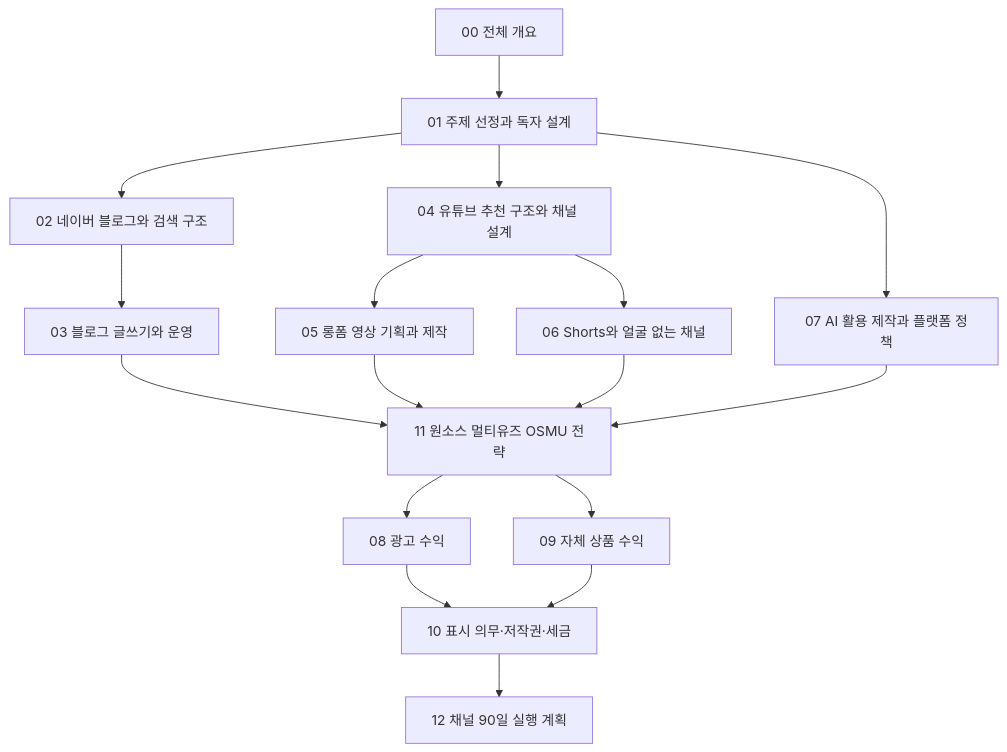
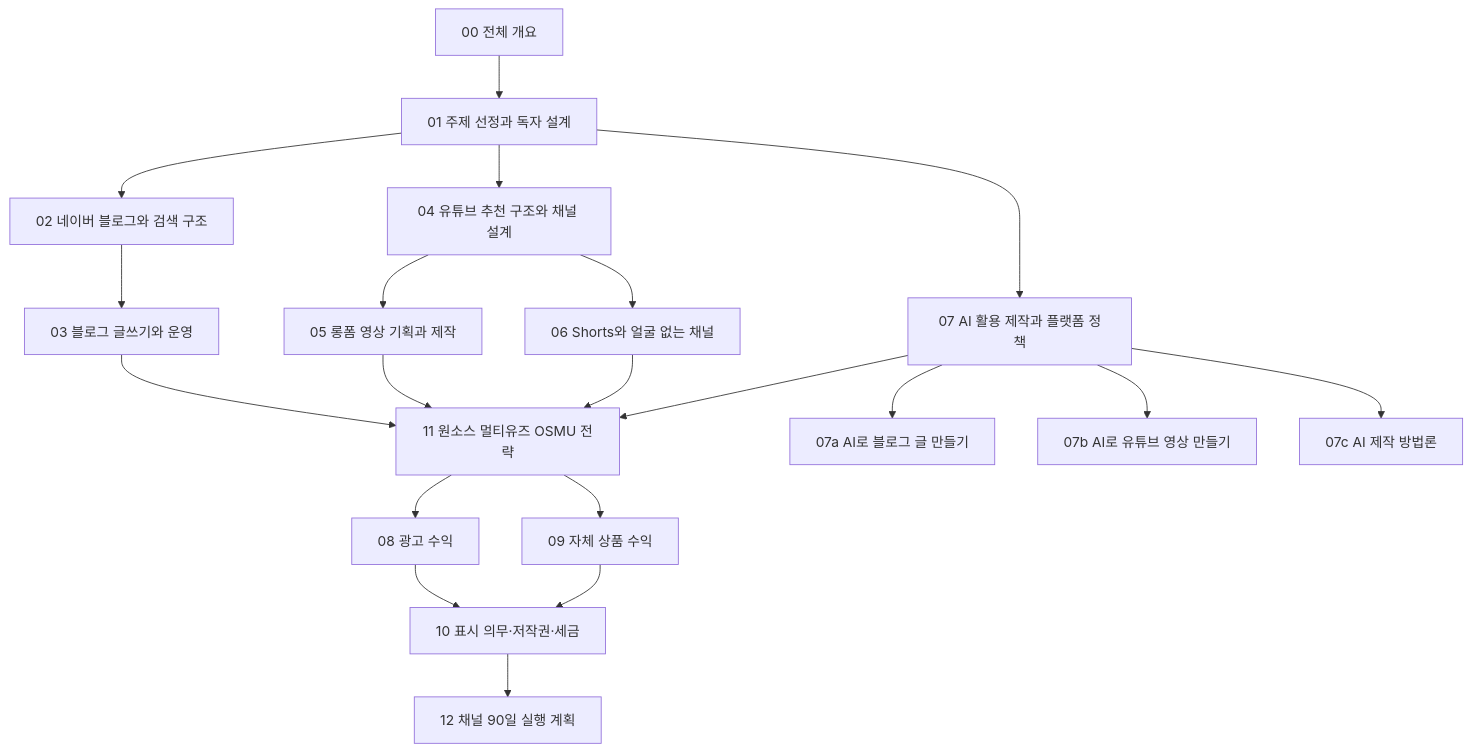
Before and after one commit to linjingzhu/tech-jeongsu: the diagram in content/creator/00-overview.md, drawn with Mermaid. The commit also changed other lines of this file and 93 other files, not shown here.

````diff
--- a/content/creator/00-overview.md
+++ b/content/creator/00-overview.md
@@ -61,19 +61,22 @@
 ```mermaid
 flowchart TD
     D00["00 전체 개요"] --> D01["01 주제 선정과 독자 설계"]
     D01 --> D02["02 네이버 블로그와 검색 구조"]
     D01 --> D04["04 유튜브 추천 구조와 채널 설계"]
     D01 --> D07
     D02 --> D03["03 블로그 글쓰기와 운영"]
     D04 --> D05["05 롱폼 영상 기획과 제작"]
     D04 --> D06["06 Shorts와 얼굴 없는 채널"]
     D03 --> D11["11 원소스 멀티유즈 OSMU 전략"]
     D05 --> D11
     D06 --> D11
     D07["07 AI 활용 제작과 플랫폼 정책"] --> D11
+    D07 --> D07a["07a AI로 블로그 글 만들기"]
+    D07 --> D07b["07b AI로 유튜브 영상 만들기"]
+    D07 --> D07c["07c AI 제작 방법론"]
     D11 --> D08["08 광고 수익"]
     D11 --> D09["09 자체 상품 수익"]
     D08 --> D10["10 표시 의무·저작권·세금"]
     D09 --> D10
     D10 --> D12["12 채널 90일 실행 계획"]
 ```
````
